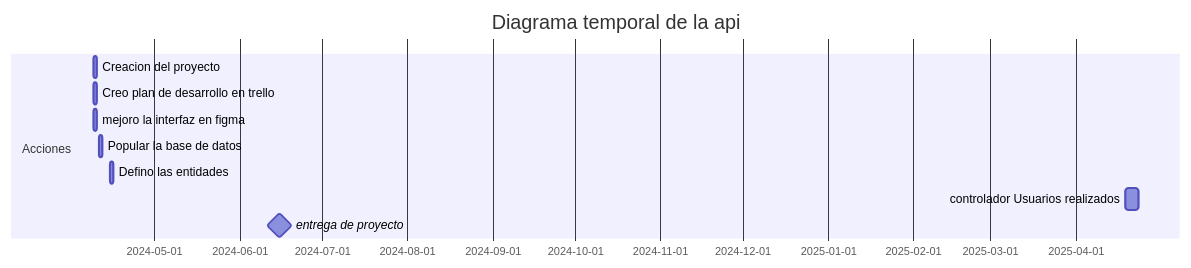
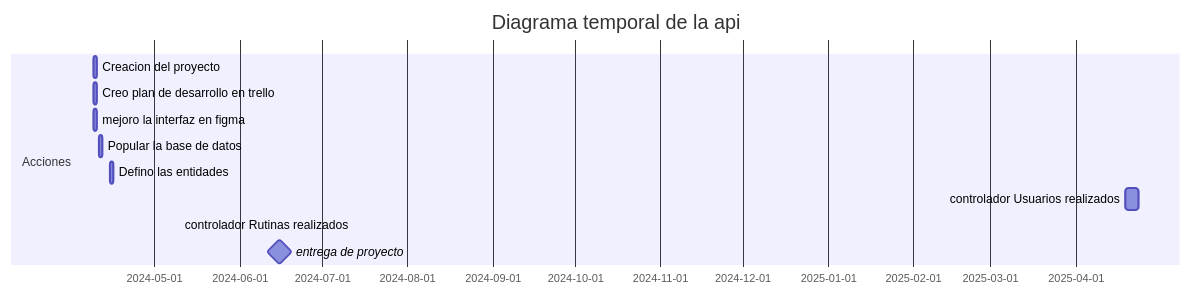
The first of 4 diagrams in readme.md (dganicolas/RutifyApi), drawn with Mermaid before and after one commit.

Commit message:
arreglo readme

````diff
--- a/readme.md
+++ b/readme.md
@@ -13,18 +13,18 @@
 ```mermaid
 gantt
 dateFormat  DD-MM-YYYY
 title       Diagrama temporal de la api   
 section Acciones
 
     Creacion del proyecto: 1, 09-04-2024,1d
 
     Creo plan de desarrollo en trello: 2, 09-04-2024,1d
 
     mejoro la interfaz en figma: 3, 09-04-2024,1d
     Popular la base de datos : 4, 11-04-2024,1d
     Defino las entidades: 5, 15-04-2024,1d
     controlador Usuarios realizados: 6, 19-04-2025, 5d
-
+    controlador Rutinas realizados: 7, 10-05-2024,1
     entrega de proyecto: milestone, final, 15-06-2024,1d
 section errores encontrados
 ```
````
